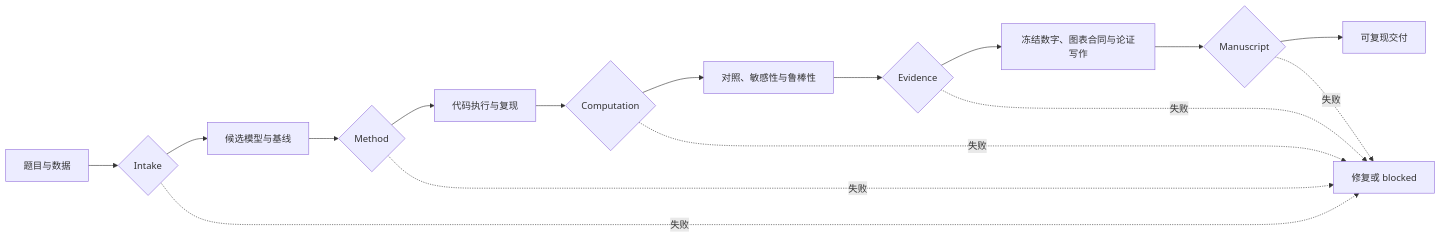
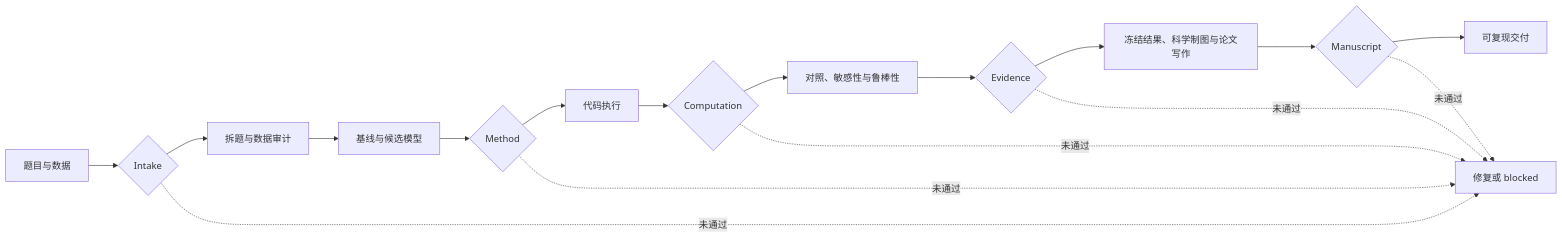
Before and after one commit to YANG985-CMD/Math-Modeling-Solver: the diagram in README.md, drawn with Mermaid. The commit also changed other lines of this file and 2 other files, not shown here.

````diff
--- a/README.md
+++ b/README.md
@@ -26,18 +20,19 @@
-~~~mermaid
+```mermaid
 flowchart LR
     A[题目与数据] --> G1{Intake}
-    G1 --> B[候选模型与基线]
-    B --> G2{Method}
-    G2 --> C[代码执行与复现]
-    C --> G3{Computation}
-    G3 --> D[对照、敏感性与鲁棒性]
-    D --> G4{Evidence}
-    G4 --> E[冻结数字、图表合同与论证写作]
-    E --> G5{Manuscript}
-    G5 --> F[可复现交付]
-    G1 -.失败.-> X[修复或 blocked]
-    G2 -.失败.-> X
-    G3 -.失败.-> X
-    G4 -.失败.-> X
-    G5 -.失败.-> X
-~~~
+    G1 --> B[拆题与数据审计]
+    B --> C[基线与候选模型]
+    C --> G2{Method}
+    G2 --> D[代码执行]
+    D --> G3{Computation}
+    G3 --> E[对照、敏感性与鲁棒性]
+    E --> G4{Evidence}
+    G4 --> F[冻结结果、科学制图与论文写作]
+    F --> G5{Manuscript}
+    G5 --> H[可复现交付]
+    G1 -.未通过.-> X[修复或 blocked]
+    G2 -.未通过.-> X
+    G3 -.未通过.-> X
+    G4 -.未通过.-> X
+    G5 -.未通过.-> X
+```
````
